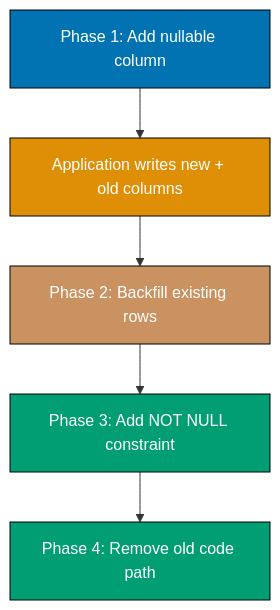
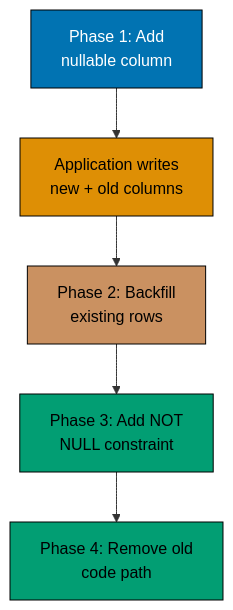
One commit to wahidyankf/ose-public changed the second of 8 diagrams in apps/ayokoding-www/content/en/learn/legacy/software-engineering/data/tools/java-liquibase/by-example/advanced.md. Above: the diagram before and after it, drawn with Mermaid. The commit also changed other lines of this file and 131 other files, not shown here.

First line of the commit message:
fix(mermaid): bring the legacy data, infrastructure, and testing diagrams onto the accessible palette

````diff
--- a/apps/ayokoding-www/content/en/learn/legacy/software-engineering/data/tools/java-liquibase/by-example/advanced.md
+++ b/apps/ayokoding-www/content/en/learn/legacy/software-engineering/data/tools/java-liquibase/by-example/advanced.md
@@ -204,14 +211,21 @@
 ```mermaid
 %% Color Palette: Blue #0173B2, Orange #DE8F05, Teal #029E73, Purple #CC78BC, Brown #CA9161
 graph TD
-    A[Phase 1: Add nullable column] --> B[Application writes new + old columns]
-    B --> C[Phase 2: Backfill existing rows]
-    C --> D[Phase 3: Add NOT NULL constraint]
-    D --> E[Phase 4: Remove old code path]
+    accTitle: Example 63: Zero-Downtime Column Addition
+    accDescr: Graph with 5 nodes and 4 connections. Nodes: Phase 1: Add nullable column, Application writes new + old columns, Phase 2: Backfill existing rows, Phase 3: Add NOT NULL constraint, Phase 4: Remove old code path. Connections: Phase 1: Add nullable column to Application writes new + old columns, Application writes new + old columns to Phase 2: Backfill existing rows, Phase 2: Backfill existing rows to Phase 3: Add NOT NULL constraint, Phase 3: Add NOT NULL constraint to Phase 4: Remove old code path.
+    A[Phase 1: Add<br/>nullable column] --> B[Application writes<br/>new + old columns]
+    B --> C[Phase 2: Backfill<br/>existing rows]
+    C --> D[Phase 3: Add NOT<br/>NULL constraint]
+    D --> E[Phase 4: Remove old<br/>code path]
 
-    style A fill:#0173B2,stroke:#000,color:#fff
-    style B fill:#DE8F05,stroke:#000,color:#fff
-    style C fill:#CA9161,stroke:#000,color:#fff
-    style D fill:#029E73,stroke:#000,color:#fff
-    style E fill:#029E73,stroke:#000,color:#fff
+    classDef pal-0173B2 fill:#0173B2,stroke:#000000,color:#FFFFFF
+    class A pal-0173B2
+    classDef pal-DE8F05 fill:#DE8F05,stroke:#000000,color:#000000
+    class B pal-DE8F05
+    classDef pal-CA9161 fill:#CA9161,stroke:#000000,color:#000000
+    class C pal-CA9161
+    classDef pal-029E73 fill:#029E73,stroke:#000000,color:#000000
+    class D pal-029E73
+    class E pal-029E73
+    classDef default fill:#FFFFFF,stroke:#000000,color:#000000
 ```
````
